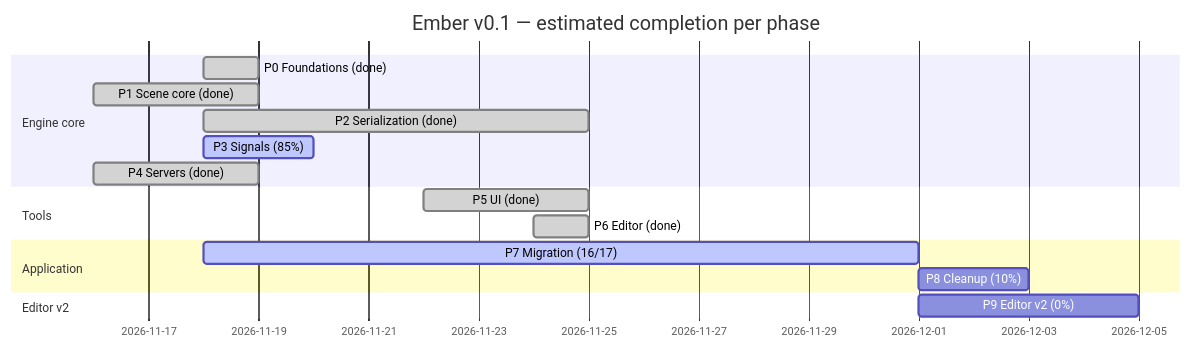
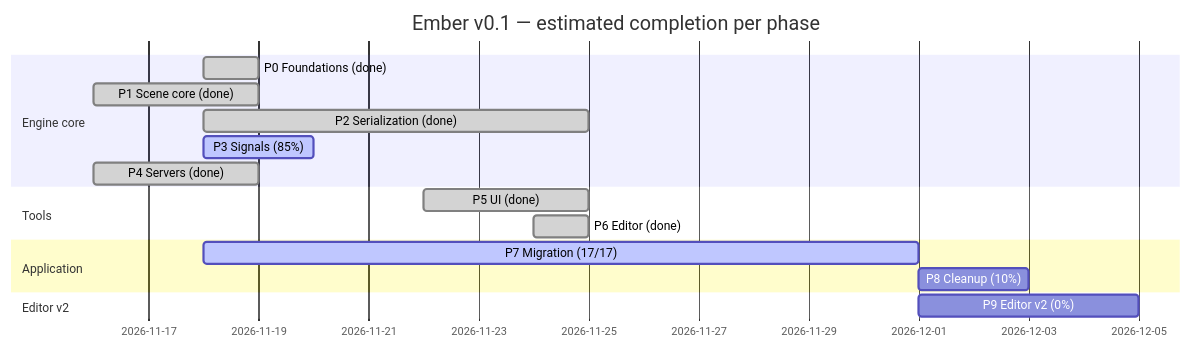
The diagram in ember-vault/60 Progress/Roadmap Tracker.md (titouanthd/ember), drawn with Mermaid before and after one commit. The commit also changed other lines of this file and 5 other files, not shown here.

````diff
--- a/ember-vault/60 Progress/Roadmap Tracker.md
+++ b/ember-vault/60 Progress/Roadmap Tracker.md
@@ -11,19 +11,19 @@
 ```mermaid
 gantt
   dateFormat YYYY-MM-DD
   title Ember v0.1 — estimated completion per phase
   section Engine core
   P0 Foundations (done)  :done, p0, 2026-11-18, 1d
   P1 Scene core (done)   :done, p1, 2026-11-16, 3d
   P2 Serialization (done):done, p2, 2026-11-18, 7d
   P3 Signals (85%)       :active, p3, 2026-11-18, 2d
   P4 Servers (done)      :done, p4, 2026-11-16, 3d
   section Tools
   P5 UI (done)           :done, p5, 2026-11-22, 3d
   P6 Editor (done)       :done, p6, 2026-11-24, 1d
   section Application
-  P7 Migration (16/17)    :active, p7, 2026-11-18, 13d
+  P7 Migration (17/17)    :active, p7, 2026-11-18, 13d
   P8 Cleanup (10%)       :p8, after p7, 2d
   section Editor v2
   P9 Editor v2 (0%)      :p9, after p7, 4d
 ```
````
